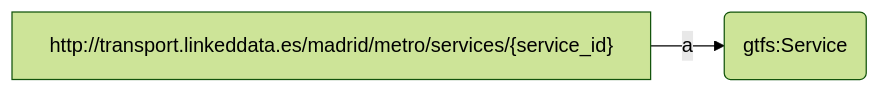
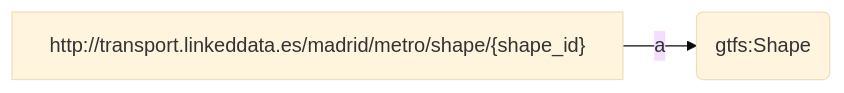
Diagram 24 of 25 in test/author/author.md (oeg-upm/rmldoc), drawn with Mermaid before and after one commit. The commit also changed other lines of this file, not shown here.

````diff
--- a/test/author/author.md
+++ b/test/author/author.md
@@ -376,6 +585,6 @@
 ```mermaid
-%%{ init : { "theme" : "forest", "flowchart" : { "curve" : "linear" }}}%%
+%%{ init : { "theme" : "base", "flowchart" : { "curve" : "linear" }}}%%
 flowchart LR
-S["http://transport.linkeddata.es/madrid/metro/services/{service_id}"] -->|"a"| object1("gtfs:Service")
+S["http://transport.linkeddata.es/madrid/metro/shape/{shape_id}"] -->|"a"| object1("gtfs:Shape")
     
 ``` 
````
